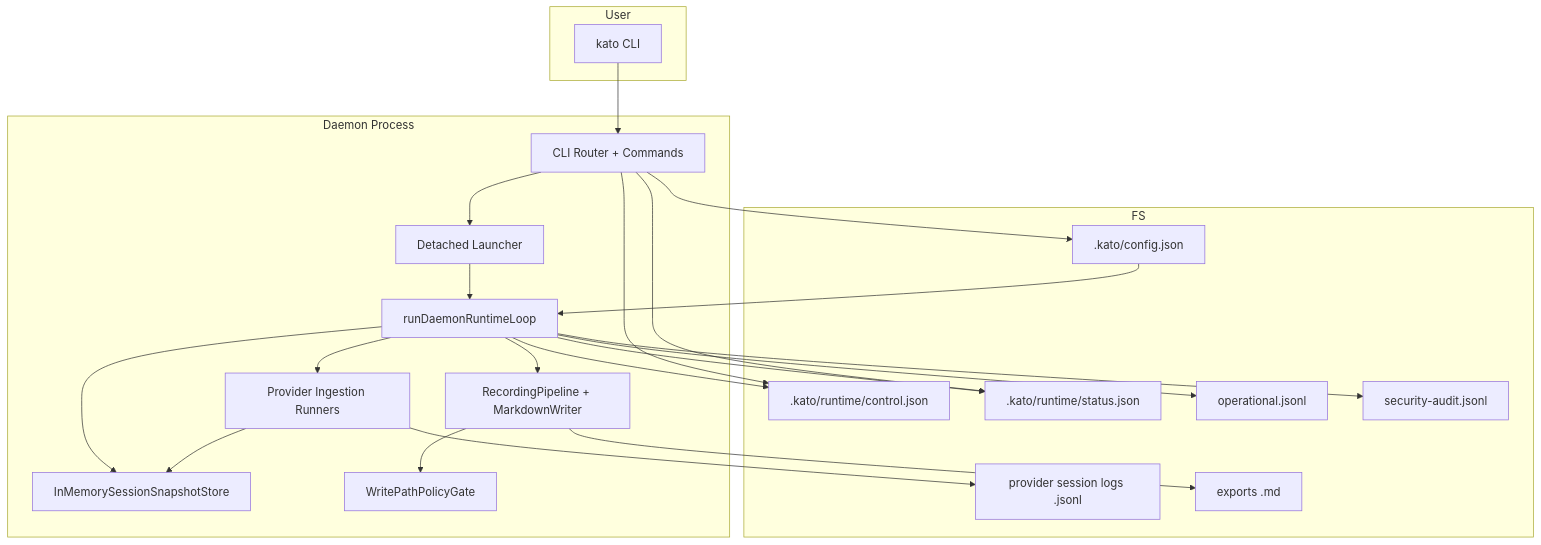
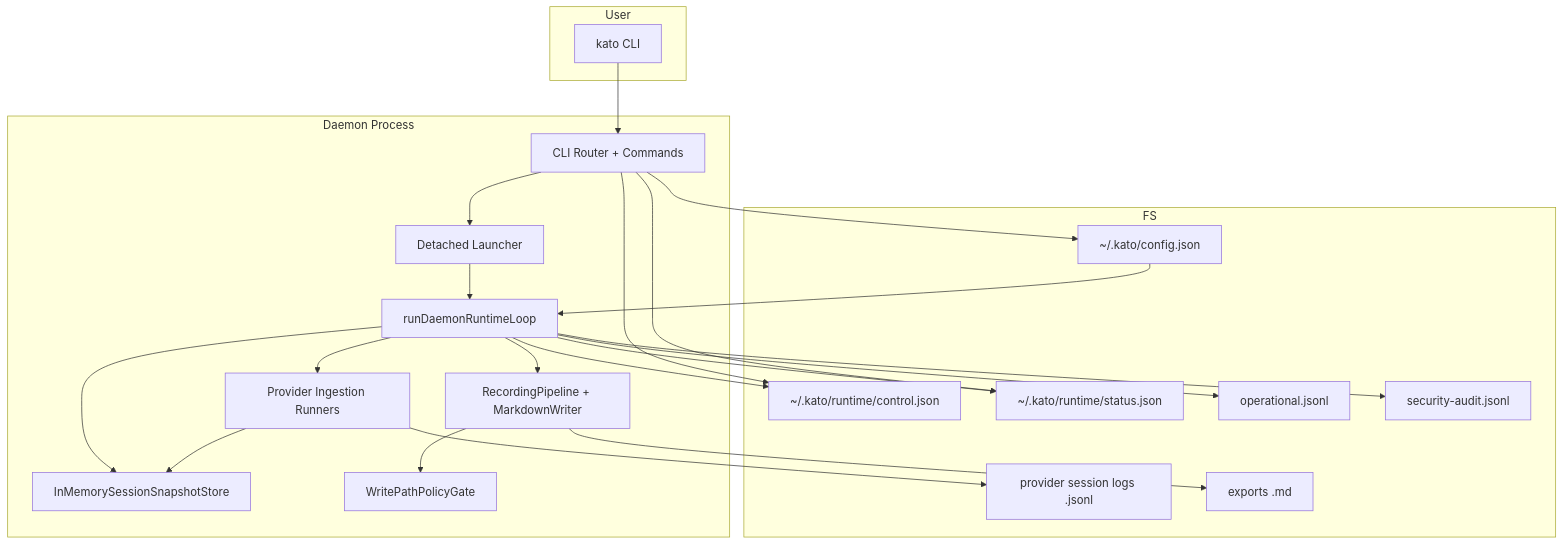
Before and after one commit to spectacular-voyage/kato: the diagram in dev-docs/notes/dev.codebase-overview.md, drawn with Mermaid. The commit also changed other lines of this file and 12 other files, not shown here.

Commit message:
docs: update README and documentation for home directory paths and runtime config feat: enhance runtime config handling with home directory support test: add tests for renderMessagesToMarkdown function chore: create CI/CD task documentation

````diff
--- a/dev-docs/notes/dev.codebase-overview.md
+++ b/dev-docs/notes/dev.codebase-overview.md
@@ -53,49 +53,49 @@
 ```mermaid
 graph TD
   subgraph User
     CLI[kato CLI]
   end
 
   subgraph FS
-    CONFIG[.kato/config.json]
-    CONTROL[.kato/runtime/control.json]
-    STATUS[.kato/runtime/status.json]
+    CONFIG[~/.kato/config.json]
+    CONTROL[~/.kato/runtime/control.json]
+    STATUS[~/.kato/runtime/status.json]
     LOGS[provider session logs .jsonl]
     OUTPUT[exports .md]
     OPLOG[operational.jsonl]
     AUDIT[security-audit.jsonl]
   end
 
   subgraph Daemon Process
     ROUTER[CLI Router + Commands]
     LAUNCHER[Detached Launcher]
     RUNTIME[runDaemonRuntimeLoop]
     INGEST[Provider Ingestion Runners]
     SNAPSHOT[InMemorySessionSnapshotStore]
     WRITER[RecordingPipeline + MarkdownWriter]
     POLICY[WritePathPolicyGate]
   end
 
   CLI --> ROUTER
   ROUTER --> CONFIG
   ROUTER --> LAUNCHER
   ROUTER --> CONTROL
   ROUTER --> STATUS
 
   LAUNCHER --> RUNTIME
   CONFIG --> RUNTIME
 
   RUNTIME --> INGEST
   INGEST --> LOGS
   INGEST --> SNAPSHOT
 
   RUNTIME --> SNAPSHOT
   RUNTIME --> CONTROL
   RUNTIME --> STATUS
   RUNTIME --> WRITER
   WRITER --> POLICY
   WRITER --> OUTPUT
 
   RUNTIME --> OPLOG
   RUNTIME --> AUDIT
 ```
````
